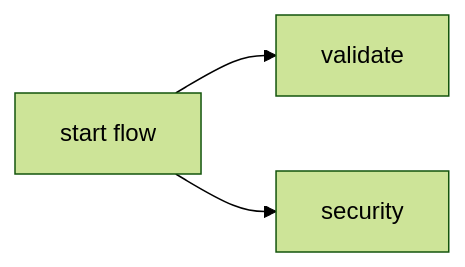
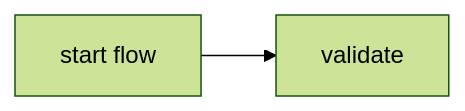
The diagram in .github/workflows/docs/provision_only_pr.md (JupiterOne/.github), drawn with Mermaid (forest theme) before and after one commit. The commit also changed 24 other files, not shown here.

````diff
--- a/.github/workflows/docs/provision_only_pr.md
+++ b/.github/workflows/docs/provision_only_pr.md
@@ -38,9 +38,7 @@
 ```mermaid
 graph LR;
     A[start flow];
     B[validate];
-    C[security];
 
     A --> B;
-    A --> C;
 ```
````
